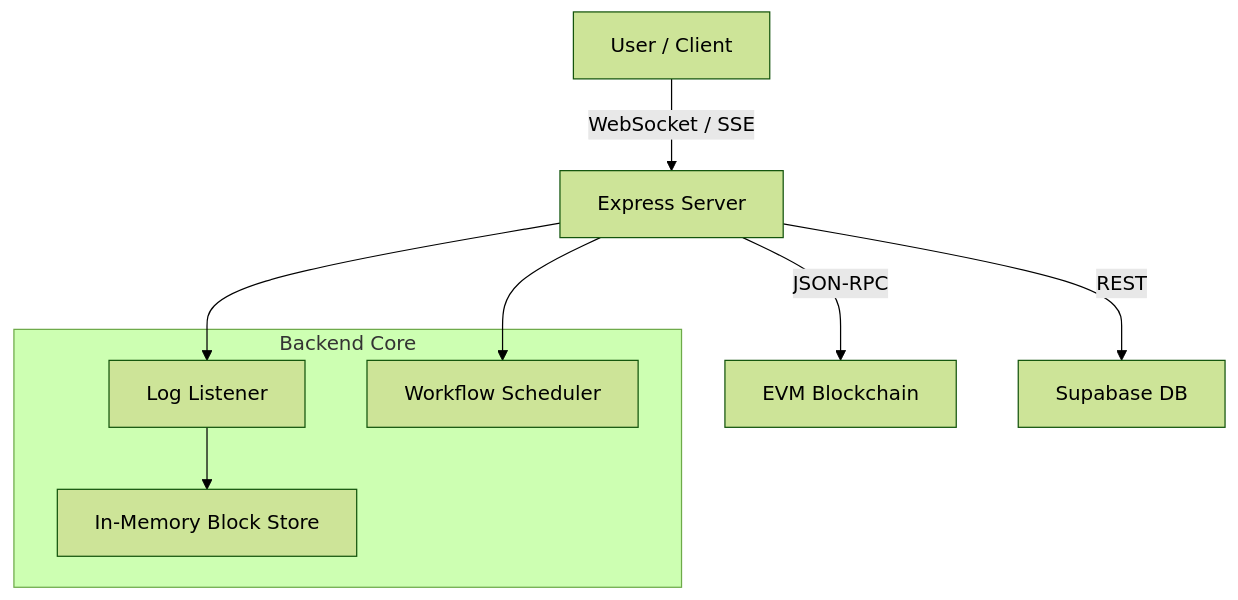
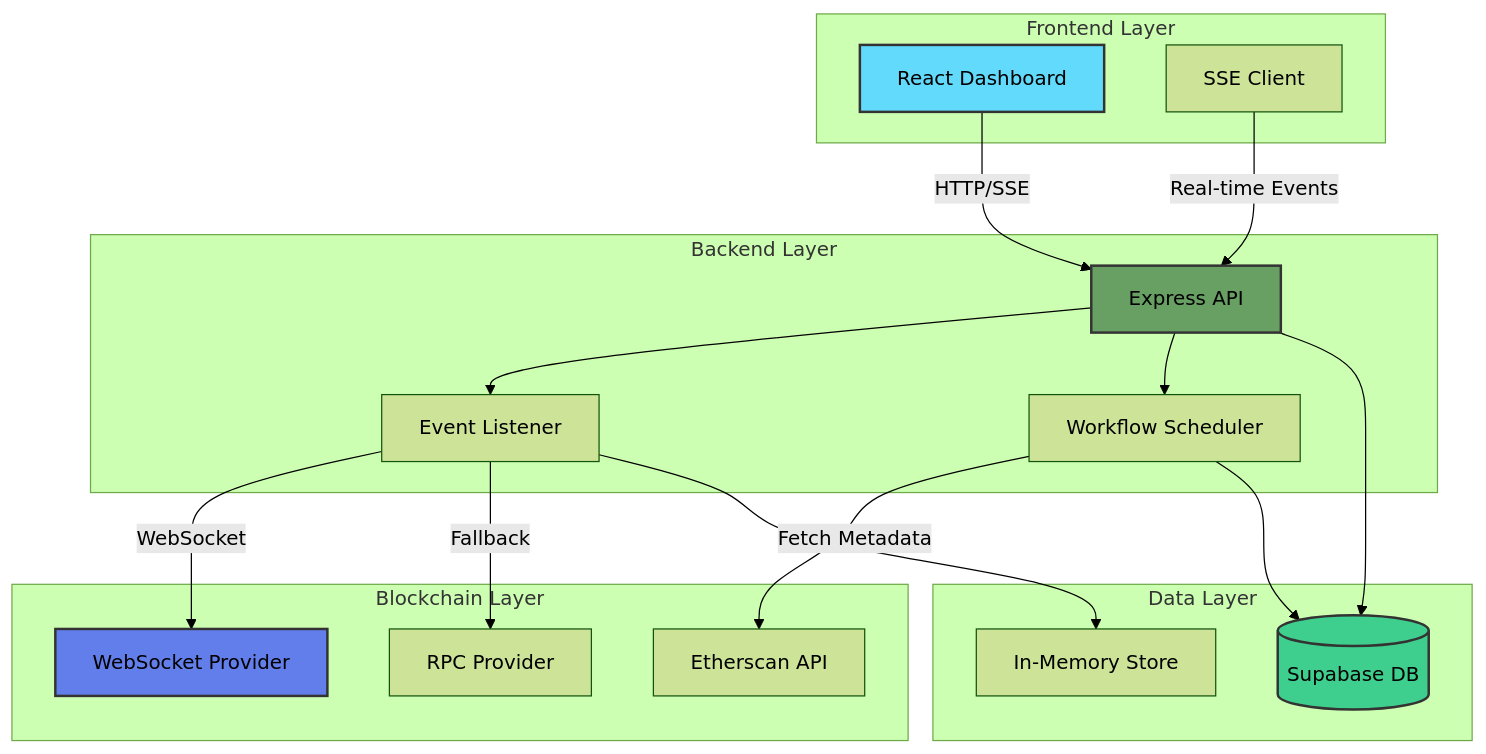
One commit to jalajsharma172/KwalaFilter changed the diagram in README.md. Above: the diagram before and after it, drawn with Mermaid (forest theme). The commit also changed other lines of this file, not shown here.

````diff
--- a/README.md
+++ b/README.md
@@ -13,16 +70,40 @@
 ```mermaid
-graph TD
-    User[User / Client] -->|WebSocket / SSE| Server[Express Server]
-    Server -->|JSON-RPC| Blockchain[EVM Blockchain]
-    Server -->|REST| Supabase[Supabase DB]
-    
-    subgraph "Backend Core"
-        Listener[Log Listener]
-        Scheduler[Workflow Scheduler]
-        Store[In-Memory Block Store]
+graph TB
+    subgraph "Frontend Layer"
+        UI[React Dashboard]
+        SSE[SSE Client]
     end
     
-    Server --> Listener
-    Server --> Scheduler
-    Listener --> Store
+    subgraph "Backend Layer"
+        API[Express API]
+        Listener[Event Listener]
+        Scheduler[Workflow Scheduler]
+    end
+    
+    subgraph "Data Layer"
+        DB[(Supabase DB)]
+        Cache[In-Memory Store]
+    end
+    
+    subgraph "Blockchain Layer"
+        RPC[RPC Provider]
+        WS[WebSocket Provider]
+        Etherscan[Etherscan API]
+    end
+    
+    UI -->|HTTP/SSE| API
+    SSE -->|Real-time Events| API
+    API --> Listener
+    API --> Scheduler
+    Listener -->|WebSocket| WS
+    Listener -->|Fallback| RPC
+    Scheduler -->|Fetch Metadata| Etherscan
+    Listener --> Cache
+    Scheduler --> DB
+    API --> DB
+    
+    style UI fill:#61dafb,stroke:#333,stroke-width:2px
+    style API fill:#68a063,stroke:#333,stroke-width:2px
+    style DB fill:#3ecf8e,stroke:#333,stroke-width:2px
+    style WS fill:#627eea,stroke:#333,stroke-width:2px
 ```
````
